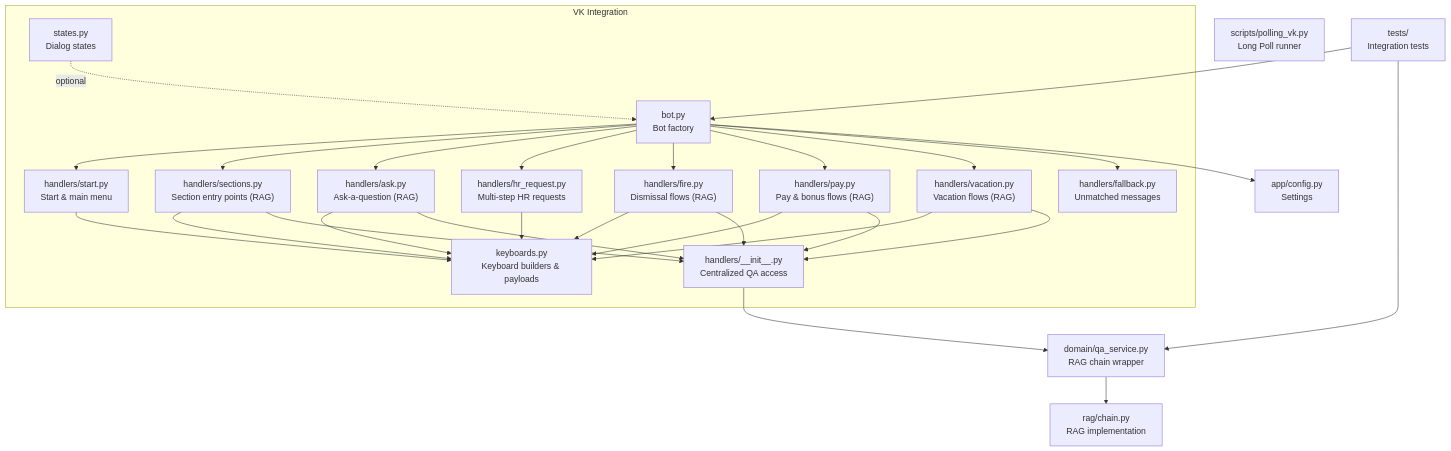
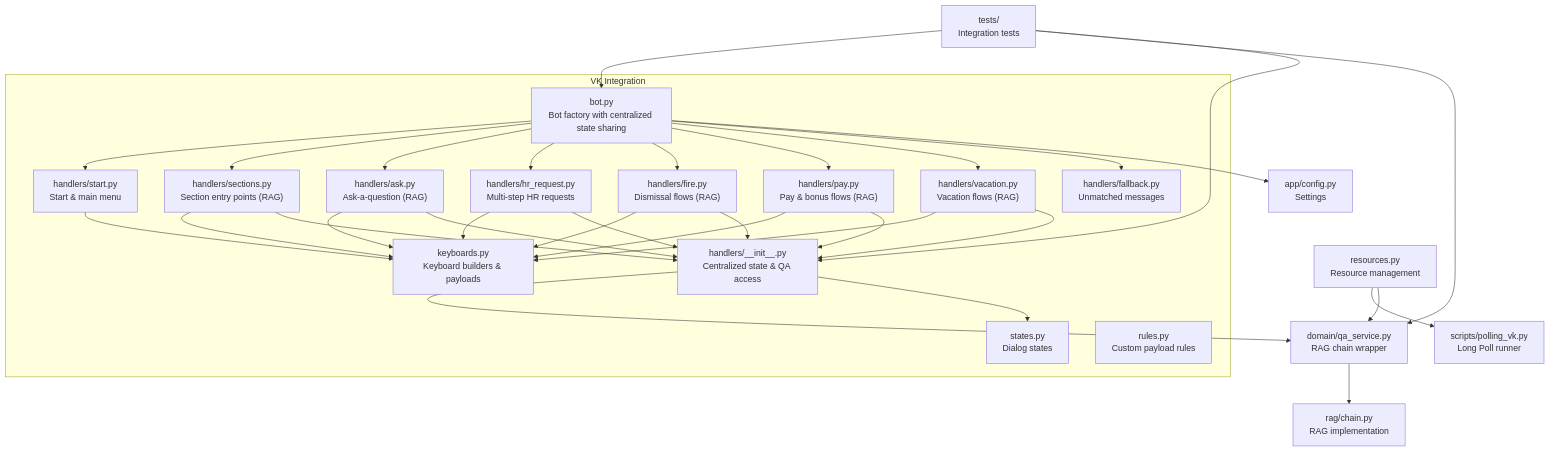
Before and after one commit to ognelis/cafetera_hr_bot: the first of 12 diagrams in .qoder/repowiki/en/content/VK Integration/VK Integration.md, drawn with Mermaid. The commit also changed other lines of this file and 14 other files, not shown here.

````diff
--- a/.qoder/repowiki/en/content/VK Integration/VK Integration.md
+++ b/.qoder/repowiki/en/content/VK Integration/VK Integration.md
@@ -66,48 +71,54 @@
 ```mermaid
 graph TB
 subgraph "VK Integration"
-BOT["bot.py<br/>Bot factory"]
+BOT["bot.py<br/>Bot factory with centralized state sharing"]
 START["handlers/start.py<br/>Start & main menu"]
 SECTIONS["handlers/sections.py<br/>Section entry points (RAG)"]
 ASK["handlers/ask.py<br/>Ask-a-question (RAG)"]
 HR_REQUEST["handlers/hr_request.py<br/>Multi-step HR requests"]
 FIRE["handlers/fire.py<br/>Dismissal flows (RAG)"]
 PAY["handlers/pay.py<br/>Pay & bonus flows (RAG)"]
 VACATION["handlers/vacation.py<br/>Vacation flows (RAG)"]
 FALLBACK["handlers/fallback.py<br/>Unmatched messages"]
 KEYBOARDS["keyboards.py<br/>Keyboard builders & payloads"]
 STATES["states.py<br/>Dialog states"]
-UTILS["handlers/__init__.py<br/>Centralized QA access"]
+UTILS["handlers/__init__.py<br/>Centralized state & QA access"]
+RULES["rules.py<br/>Custom payload rules"]
 end
+RESOURCES["resources.py<br/>Resource management"]
 QA_SERVICE["domain/qa_service.py<br/>RAG chain wrapper"]
 CHAIN["rag/chain.py<br/>RAG implementation"]
 SCRIPT["scripts/polling_vk.py<br/>Long Poll runner"]
 CONFIG["app/config.py<br/>Settings"]
 TESTS["tests/<br/>Integration tests"]
 BOT --> START
 BOT --> SECTIONS
 BOT --> ASK
 BOT --> HR_REQUEST
 BOT --> FIRE
 BOT --> PAY
 BOT --> VACATION
 BOT --> FALLBACK
 START --> KEYBOARDS
 SECTIONS --> KEYBOARDS
 ASK --> KEYBOARDS
 HR_REQUEST --> KEYBOARDS
 FIRE --> KEYBOARDS
 PAY --> KEYBOARDS
 VACATION --> KEYBOARDS
 ASK --> UTILS
 FIRE --> UTILS
 PAY --> UTILS
 VACATION --> UTILS
 SECTIONS --> UTILS
+HR_REQUEST --> UTILS
 UTILS --> QA_SERVICE
+UTILS --> STATES
+RESOURCES --> SCRIPT
+RESOURCES --> QA_SERVICE
 QA_SERVICE --> CHAIN
 BOT --> CONFIG
 TESTS --> BOT
 TESTS --> QA_SERVICE
-STATES -. optional .-> BOT
+TESTS --> UTILS
 ```
````
